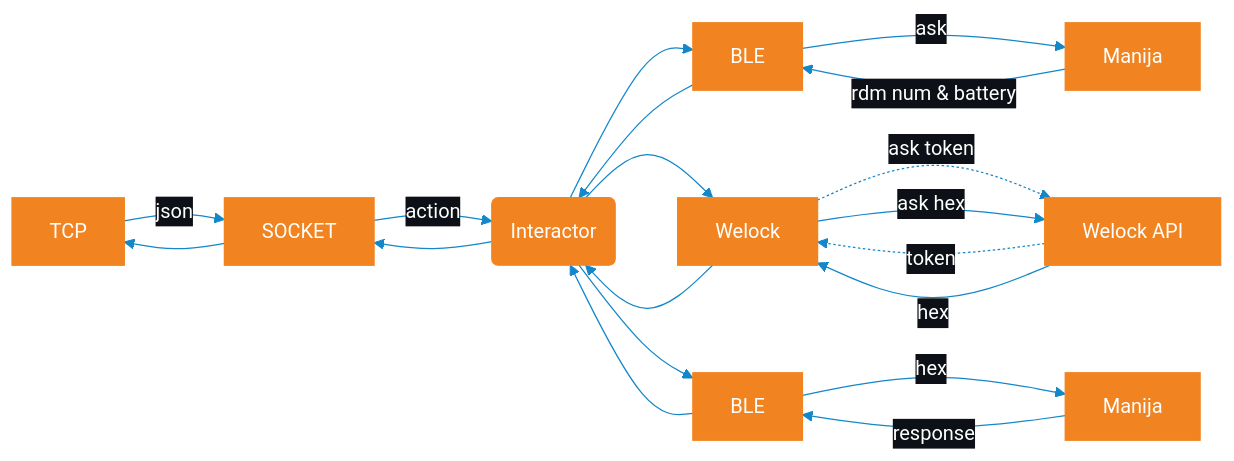
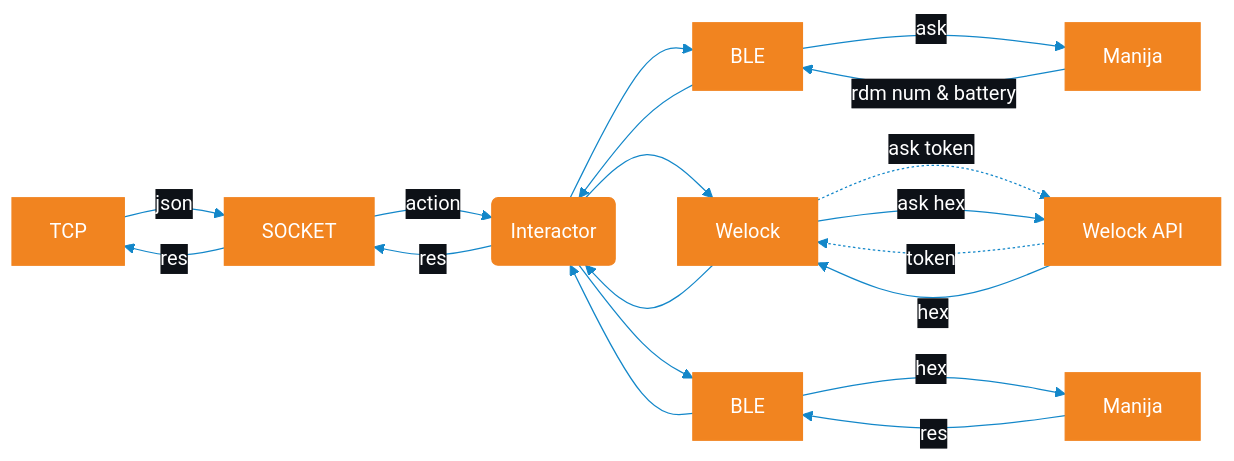
Before and after one commit to ATICMCH/BleKotlin: the diagram in README.md, drawn with Mermaid.

````diff
--- a/README.md
+++ b/README.md
@@ -107,44 +107,44 @@
 ```mermaid
 
 %%{
   init: {
     "theme": "base",
     "themeVariables": {
       "primaryColor": "#f18420",
       "primaryTextColor": "#fff",
       "primaryBorderColor": "#f18420",
       "lineColor": "#1387c9",
       "secondaryColor": "#0d1117"
     }
 }
 }%%
 
 graph LR
 TCP -->|json| A
 A[SOCKET] -->|action|B(Interactor)
 
 B -->BLE[BLE]
 BLE--> B
 
 B -->E[Welock]
 E-->B
 
 B -->F[BLE]
 F -->B
 
 BLE --> |ask| MANIJA[Manija]
 MANIJA -->|rdm num & battery| BLE
 
 
 H -.->|token| E
 E -.->|ask token| H[Welock API]
 
 E --> |ask hex|H[Welock API]
 H -->|hex| E
 
 F --> |hex| I[Manija]
-I --> |response|F
+I --> |res|F
 
-B -->
-A --> TCP
+B -->|res|A
+A -->|res| TCP
 ```
````
